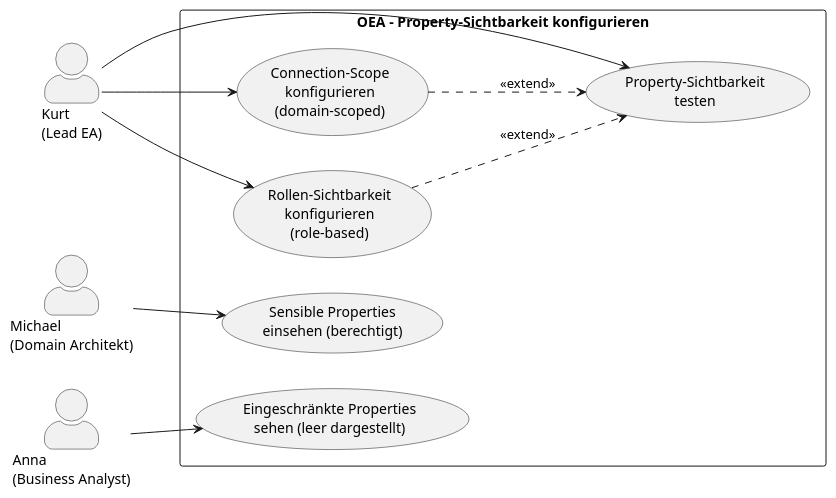
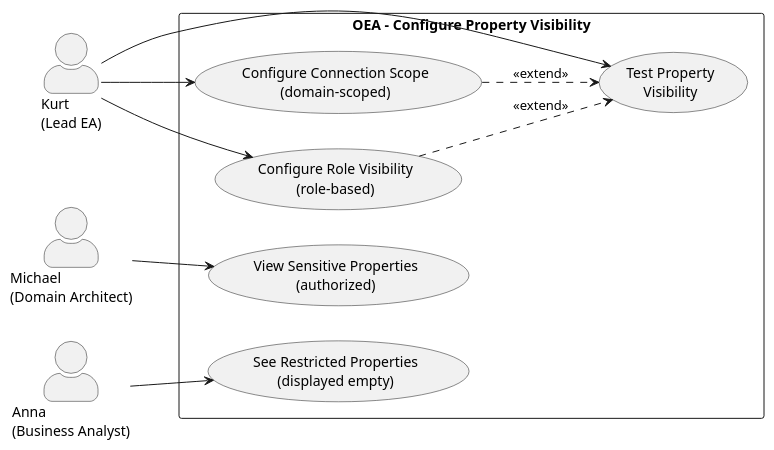
Before and after one commit to open-enterprise-architecture/OEA: the diagram in requirements/use-cases/UC-21-configure-property-visibility.md, drawn with PlantUML. The commit also changed other lines of this file and 630 other files, not shown here.

````diff
--- a/requirements/use-cases/UC-21-configure-property-visibility.md
+++ b/requirements/use-cases/UC-21-configure-property-visibility.md
@@ -35,27 +35,27 @@
 ```plantuml
 @startuml UC-21-PropertyVisibility
 left to right direction
 skinparam actorStyle awesome
 
 actor "Kurt\n(Lead EA)" as Kurt
-actor "Michael\n(Domain Architekt)" as Michael
+actor "Michael\n(Domain Architect)" as Michael
 actor "Anna\n(Business Analyst)" as Anna
 
-rectangle "OEA – Property-Sichtbarkeit konfigurieren" {
-  usecase "Rollen-Sichtbarkeit\nkonfigurieren\n(role-based)" as UC_Role
-  usecase "Connection-Scope\nkonfigurieren\n(domain-scoped)" as UC_Scope
-  usecase "Property-Sichtbarkeit\ntesten" as UC_Test
-  usecase "Sensible Properties\neinsehen (berechtigt)" as UC_Read
-  usecase "Eingeschränkte Properties\nsehen (leer dargestellt)" as UC_Masked
+rectangle "OEA – Configure Property Visibility" {
+  usecase "Configure Role Visibility\n(role-based)" as UC_Role
+  usecase "Configure Connection Scope\n(domain-scoped)" as UC_Scope
+  usecase "Test Property\nVisibility" as UC_Test
+  usecase "View Sensitive Properties\n(authorized)" as UC_Read
+  usecase "See Restricted Properties\n(displayed empty)" as UC_Masked
 }
 
 Kurt --> UC_Role
 Kurt --> UC_Scope
 Kurt --> UC_Test
 Michael --> UC_Read
 Anna --> UC_Masked
 
 UC_Role ..> UC_Test : <<extend>>
 UC_Scope ..> UC_Test : <<extend>>
 @enduml
 ```
````
